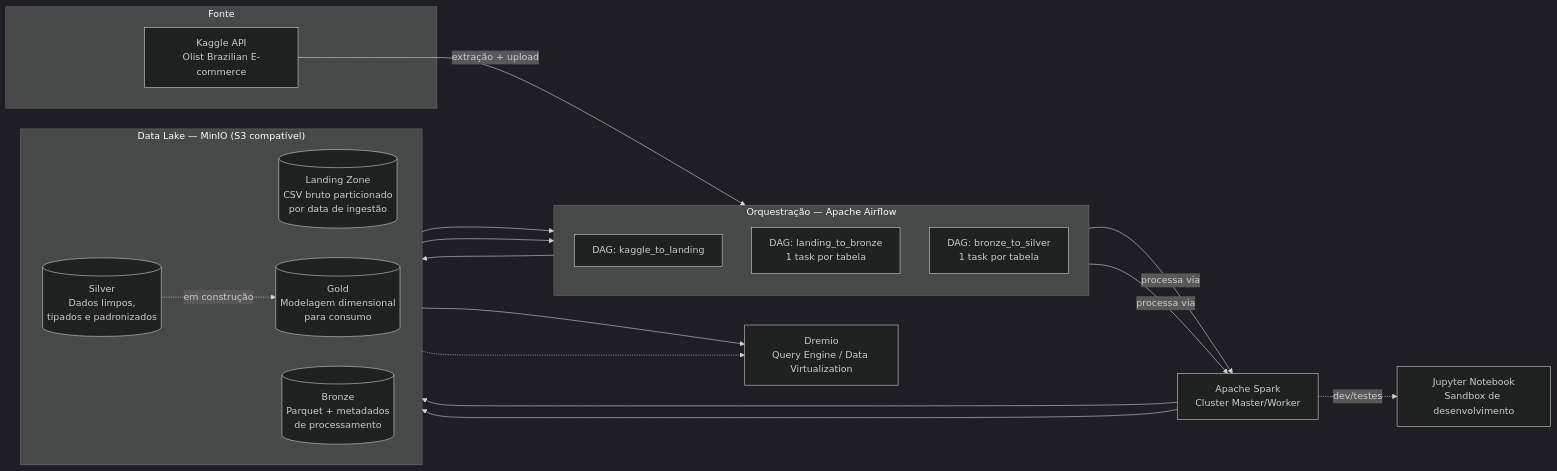
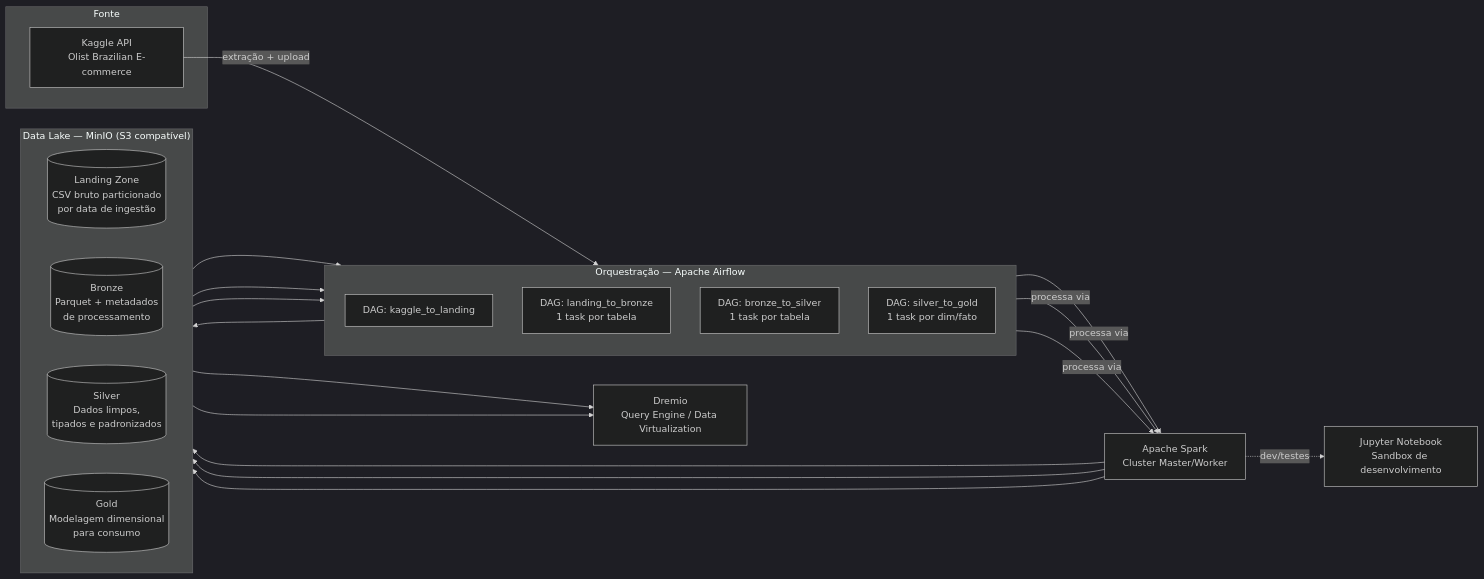
One commit to RafaelMaciel2005/Engenharia-de-Dados changed the diagram in README.md. Above: the diagram before and after it, drawn with Mermaid (dark theme). The commit also changed other lines of this file and 9 other files, not shown here.

Commit message:
Finalização de Silver_to_gold + documentações iniciais

````diff
--- a/README.md
+++ b/README.md
@@ -36,37 +37,40 @@
 ```mermaid
 flowchart LR
     subgraph Fonte
         K[Kaggle API<br/>Olist Brazilian E-commerce]
     end
 
     subgraph Orquestração ["Orquestração — Apache Airflow"]
         direction TB
         A1[DAG: kaggle_to_landing]
         A2[DAG: landing_to_bronze<br/>1 task por tabela]
         A3[DAG: bronze_to_silver<br/>1 task por tabela]
+        A4[DAG: silver_to_gold<br/>1 task por dim/fato]
     end
 
     subgraph Lakehouse ["Data Lake — MinIO (S3 compatível)"]
         direction LR
         L[(Landing Zone<br/>CSV bruto particionado<br/>por data de ingestão)]
         B[(Bronze<br/>Parquet + metadados<br/>de processamento)]
         S[(Silver<br/>Dados limpos,<br/>tipados e padronizados)]
         G[(Gold<br/>Modelagem dimensional<br/>para consumo)]
     end
 
     P[Apache Spark<br/>Cluster Master/Worker]
     D[Dremio<br/>Query Engine / Data Virtualization]
     J[Jupyter Notebook<br/>Sandbox de desenvolvimento]
 
     K -->|extração + upload| A1 --> L
     L --> A2
     A2 -->|processa via| P
     P --> B
     B --> A3
     A3 -->|processa via| P
     P --> S
-    S -.->|em construção| G
+    S --> A4
+    A4 -->|processa via| P
+    P --> G
     S --> D
-    G -.-> D
+    G --> D
     P -.dev/testes.-> J
 ```
````
